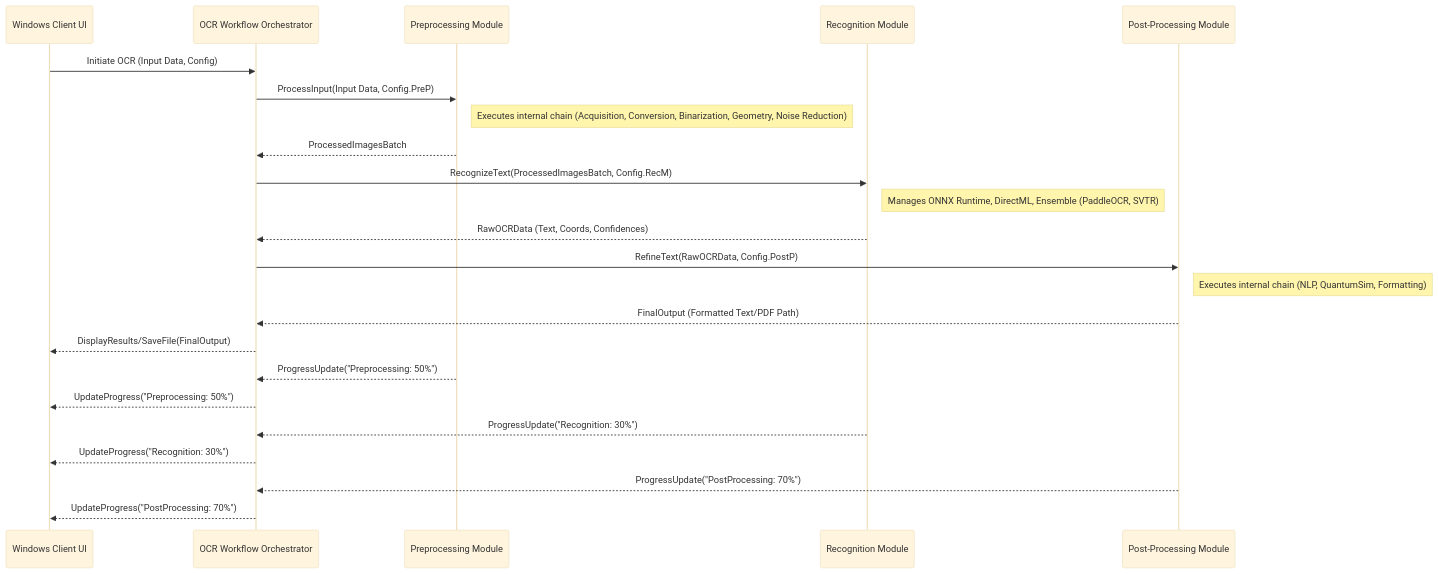
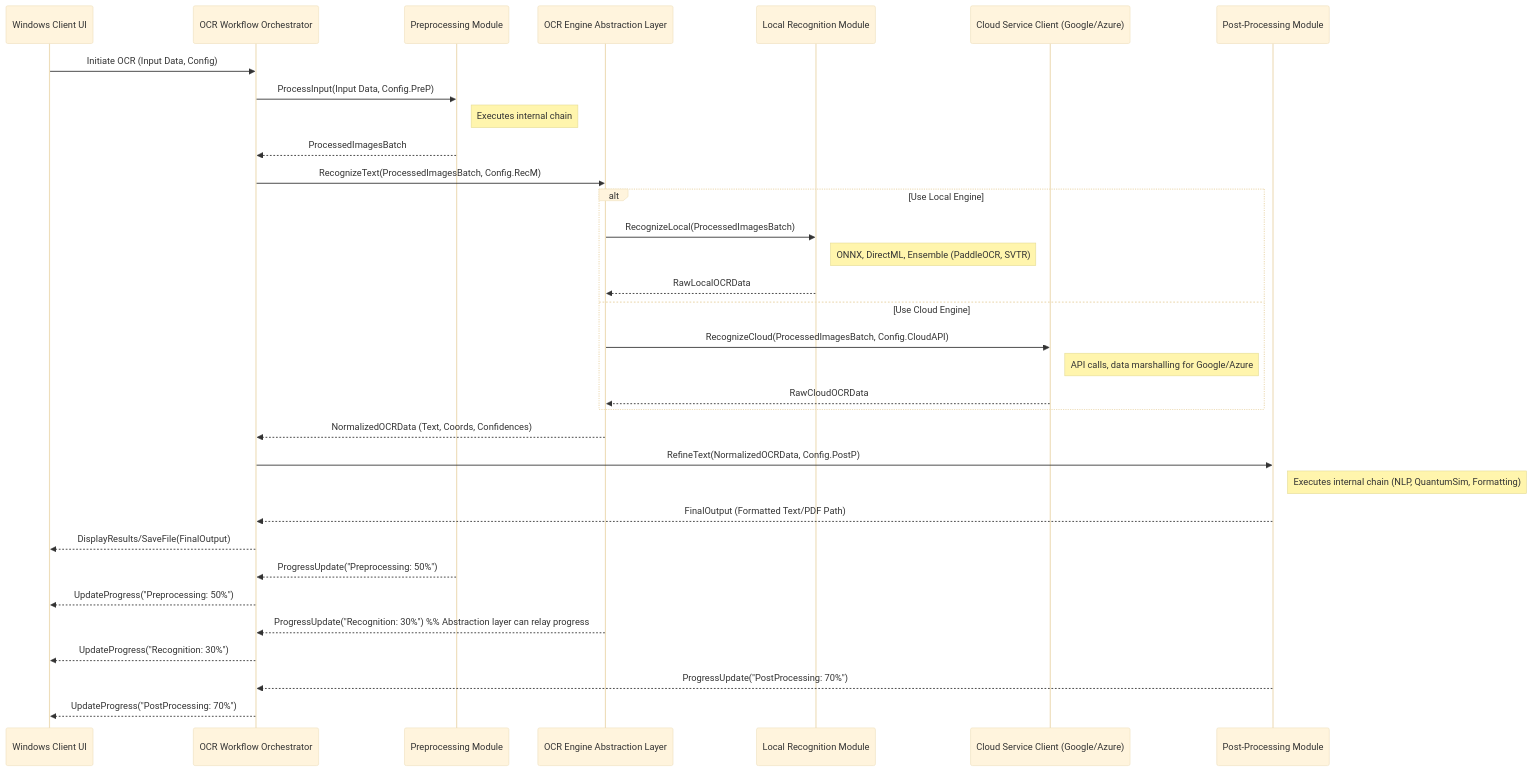
One commit to rajasekarnp1/ocr changed the diagram in OCR-X_Integration_Patterns_OptionB.md. Above: the diagram before and after it, drawn with Mermaid (base theme). The commit also changed other lines of this file and 5 other files, not shown here.

````diff
--- a/OCR-X_Integration_Patterns_OptionB.md
+++ b/OCR-X_Integration_Patterns_OptionB.md
@@ -19,31 +19,41 @@
 ```mermaid
 sequenceDiagram
     participant UI as Windows Client UI
     participant Orch as OCR Workflow Orchestrator
     participant PreP as Preprocessing Module
-    participant RecM as Recognition Module
+    participant AbsL as OCR Engine Abstraction Layer
+    participant LocalRM as Local Recognition Module
+    participant CloudSC as Cloud Service Client (Google/Azure)
     participant PostP as Post-Processing Module
 
     UI->>Orch: Initiate OCR (Input Data, Config)
     Orch->>PreP: ProcessInput(Input Data, Config.PreP)
-    Note right of PreP: Executes internal chain (Acquisition, Conversion, Binarization, Geometry, Noise Reduction)
+    Note right of PreP: Executes internal chain
     PreP-->>Orch: ProcessedImagesBatch
     
-    Orch->>RecM: RecognizeText(ProcessedImagesBatch, Config.RecM)
-    Note right of RecM: Manages ONNX Runtime, DirectML, Ensemble (PaddleOCR, SVTR)
-    RecM-->>Orch: RawOCRData (Text, Coords, Confidences)
+    Orch->>AbsL: RecognizeText(ProcessedImagesBatch, Config.RecM)
+    alt Use Local Engine
+        AbsL->>LocalRM: RecognizeLocal(ProcessedImagesBatch)
+        Note right of LocalRM: ONNX, DirectML, Ensemble (PaddleOCR, SVTR)
+        LocalRM-->>AbsL: RawLocalOCRData
+    else Use Cloud Engine
+        AbsL->>CloudSC: RecognizeCloud(ProcessedImagesBatch, Config.CloudAPI)
+        Note right of CloudSC: API calls, data marshalling for Google/Azure
+        CloudSC-->>AbsL: RawCloudOCRData
+    end
+    AbsL-->>Orch: NormalizedOCRData (Text, Coords, Confidences)
 
-    Orch->>PostP: RefineText(RawOCRData, Config.PostP)
+    Orch->>PostP: RefineText(NormalizedOCRData, Config.PostP)
     Note right of PostP: Executes internal chain (NLP, QuantumSim, Formatting)
     PostP-->>Orch: FinalOutput (Formatted Text/PDF Path)
 
     Orch-->>UI: DisplayResults/SaveFile(FinalOutput)
     
     %% Progress Updates (simplified)
     PreP-->>Orch: ProgressUpdate("Preprocessing: 50%")
     Orch-->>UI: UpdateProgress("Preprocessing: 50%")
-    RecM-->>Orch: ProgressUpdate("Recognition: 30%")
+    AbsL-->>Orch: ProgressUpdate("Recognition: 30%") %% Abstraction layer can relay progress
     Orch-->>UI: UpdateProgress("Recognition: 30%")
     PostP-->>Orch: ProgressUpdate("PostProcessing: 70%")
     Orch-->>UI: UpdateProgress("PostProcessing: 70%")
 ```
````
